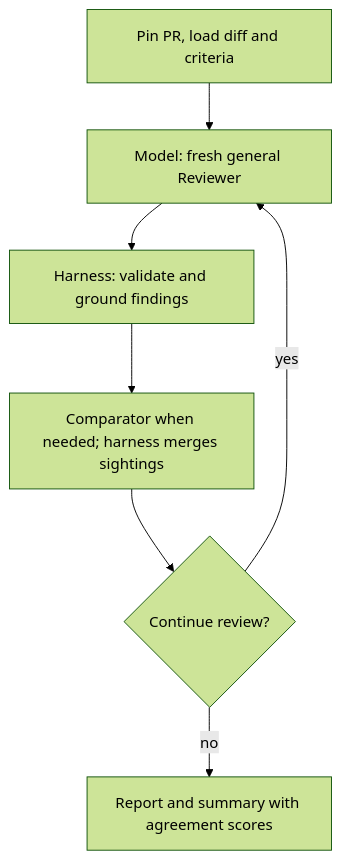
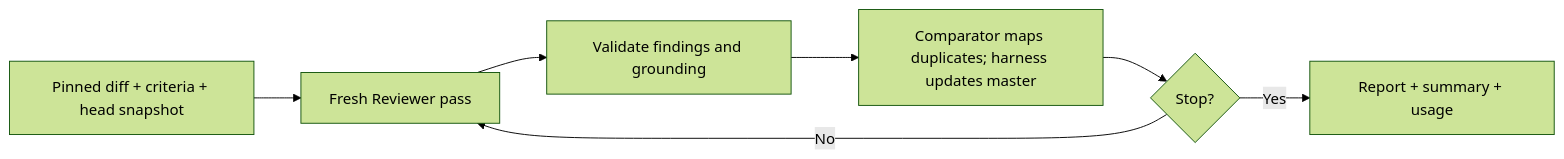
The first of 2 diagrams in README.md (sskelkar/code-reviewer), drawn with Mermaid (forest theme) before and after one commit. The commit also changed other lines of this file and 36 other files, not shown here.

````diff
--- a/README.md
+++ b/README.md
@@ -80,9 +55,9 @@
 ```mermaid
-flowchart TD
-    PREP["Pin PR, load diff and criteria"] --> REV["Model: fresh general Reviewer"]
-    REV --> CHECK["Harness: validate and ground findings"]
-    CHECK --> MERGE["Comparator when needed; harness merges sightings"]
-    MERGE --> NEXT{"Continue review?"}
-    NEXT -->|yes| REV
-    NEXT -->|no| REPORT["Report and summary with agreement scores"]
+flowchart LR
+    INPUT["Pinned diff + criteria + head snapshot"] --> REVIEW["Fresh Reviewer pass"]
+    REVIEW --> CHECK["Validate findings and grounding"]
+    CHECK --> MERGE["Comparator maps duplicates; harness updates master"]
+    MERGE --> STOP{"Stop?"}
+    STOP -->|"No"| REVIEW
+    STOP -->|"Yes"| REPORT["Report + summary + usage"]
 ```
````
